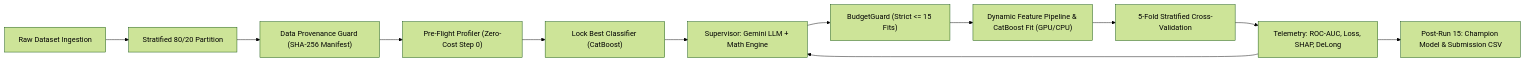
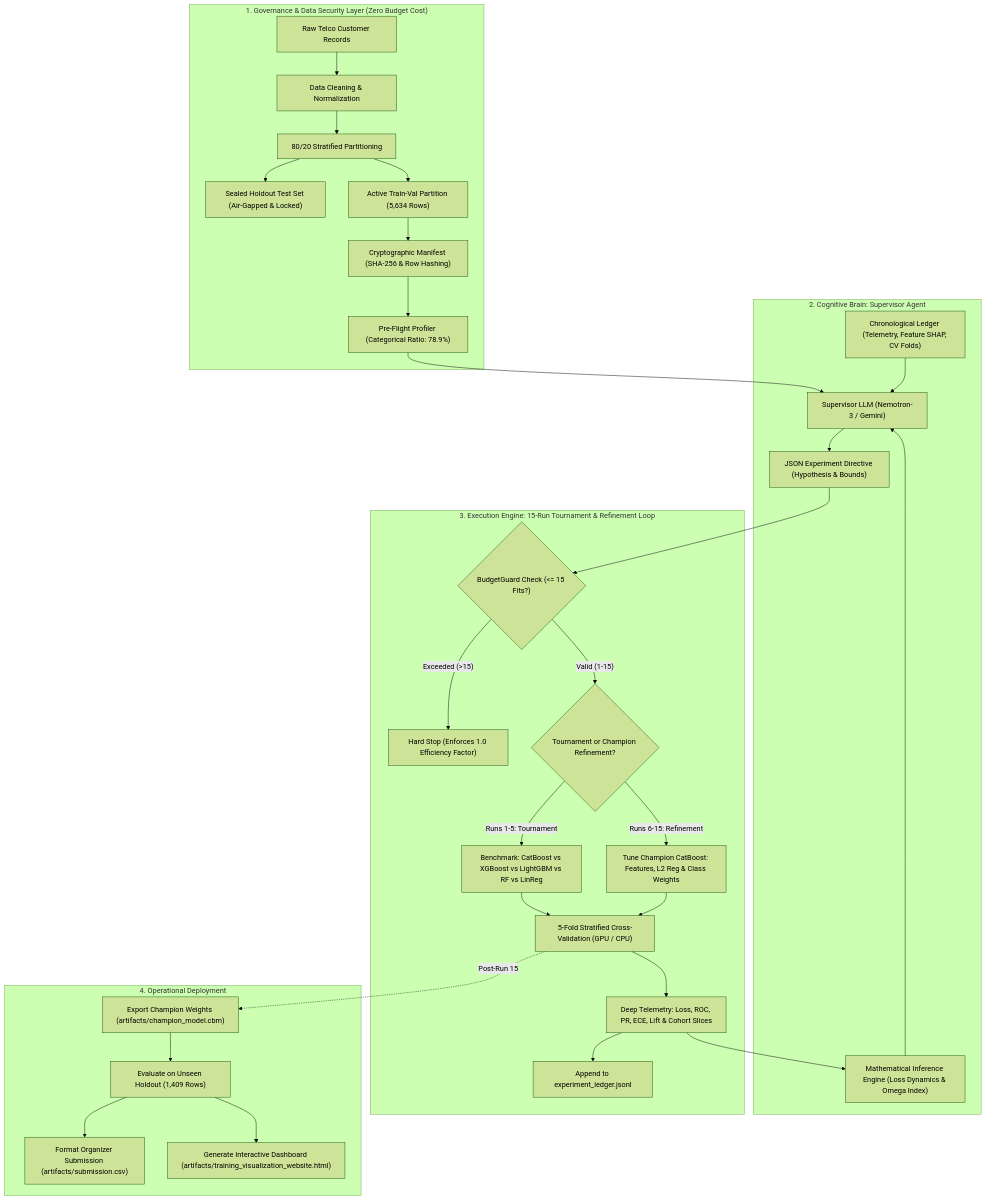
The diagram in README.md (uday0214/IOTAxEngimaHackathon), drawn with Mermaid (forest theme) before and after one commit. The commit also changed other lines of this file, not shown here.

Commit message:
docs: revamp README with system design, workflow architecture, and pitch narrative

````diff
--- a/README.md
+++ b/README.md
@@ -90,14 +50,40 @@
 ```mermaid
-flowchart LR
-    A["Raw Dataset Ingestion"] --> S["Stratified 80/20 Partition"]
-    S --> V["Data Provenance Guard (SHA-256 Manifest)"]
-    V --> P["Pre-Flight Profiler (Zero-Cost Step 0)"]
-    P --> L["Lock Best Classifier (CatBoost)"]
-    L --> B["Supervisor: Gemini LLM + Math Engine"]
-    B --> G["BudgetGuard (Strict <= 15 Fits)"]
-    G --> M["Dynamic Feature Pipeline & CatBoost Fit (GPU/CPU)"]
-    M --> CV["5-Fold Stratified Cross-Validation"]
-    CV --> T["Telemetry: ROC-AUC, Loss, SHAP, DeLong"]
-    T --> B
-    T --> E["Post-Run 15: Champion Model & Submission CSV"]
+flowchart TD
+    subgraph Tier1 ["1. Governance & Data Security Layer (Zero Budget Cost)"]
+        Raw["Raw Telco Customer Records"] --> Sanitize["Data Cleaning & Normalization"]
+        Sanitize --> Split["80/20 Stratified Partitioning"]
+        Split --> Holdout["Sealed Holdout Test Set (Air-Gapped & Locked)"]
+        Split --> TrainVal["Active Train-Val Partition (5,634 Rows)"]
+        TrainVal --> Manifest["Cryptographic Manifest (SHA-256 & Row Hashing)"]
+        Manifest --> Profiler["Pre-Flight Profiler (Categorical Ratio: 78.9%)"]
+    end
+
+    subgraph Tier2 ["2. Cognitive Brain: Supervisor Agent"]
+        Profiler --> Planner["Supervisor LLM (Nemotron-3 / Gemini)"]
+        Math["Mathematical Inference Engine (Loss Dynamics & Omega Index)"] --> Planner
+        History["Chronological Ledger (Telemetry, Feature SHAP, CV Folds)"] --> Planner
+        Planner --> Decision["JSON Experiment Directive (Hypothesis & Bounds)"]
+    end
+
+    subgraph Tier3 ["3. Execution Engine: 15-Run Tournament & Refinement Loop"]
+        Decision --> Guard{"BudgetGuard Check (<= 15 Fits?)"}
+        Guard -- "Exceeded (>15)" --> Halt["Hard Stop (Enforces 1.0 Efficiency Factor)"]
+        Guard -- "Valid (1-15)" --> Dispatcher{"Tournament or Champion Refinement?"}
+        
+        Dispatcher -->|Runs 1-5: Tournament| Tourney["Benchmark: CatBoost vs XGBoost vs LightGBM vs RF vs LinReg"]
+        Dispatcher -->|Runs 6-15: Refinement| Refine["Tune Champion CatBoost: Features, L2 Reg & Class Weights"]
+        
+        Tourney --> Fit["5-Fold Stratified Cross-Validation (GPU / CPU)"]
+        Refine --> Fit
+        Fit --> Telemetry["Deep Telemetry: Loss, ROC, PR, ECE, Lift & Cohort Slices"]
+        Telemetry --> Math
+        Telemetry --> Ledger["Append to experiment_ledger.jsonl"]
+    end
+
+    subgraph Tier4 ["4. Operational Deployment"]
+        Fit -.->|Post-Run 15| Champion["Export Champion Weights (artifacts/champion_model.cbm)"]
+        Champion --> Unseal["Evaluate on Unseen Holdout (1,409 Rows)"]
+        Unseal --> Sub["Format Organizer Submission (artifacts/submission.csv)"]
+        Unseal --> Dashboard["Generate Interactive Dashboard (artifacts/training_visualization_website.html)"]
+    end
 ```
````
